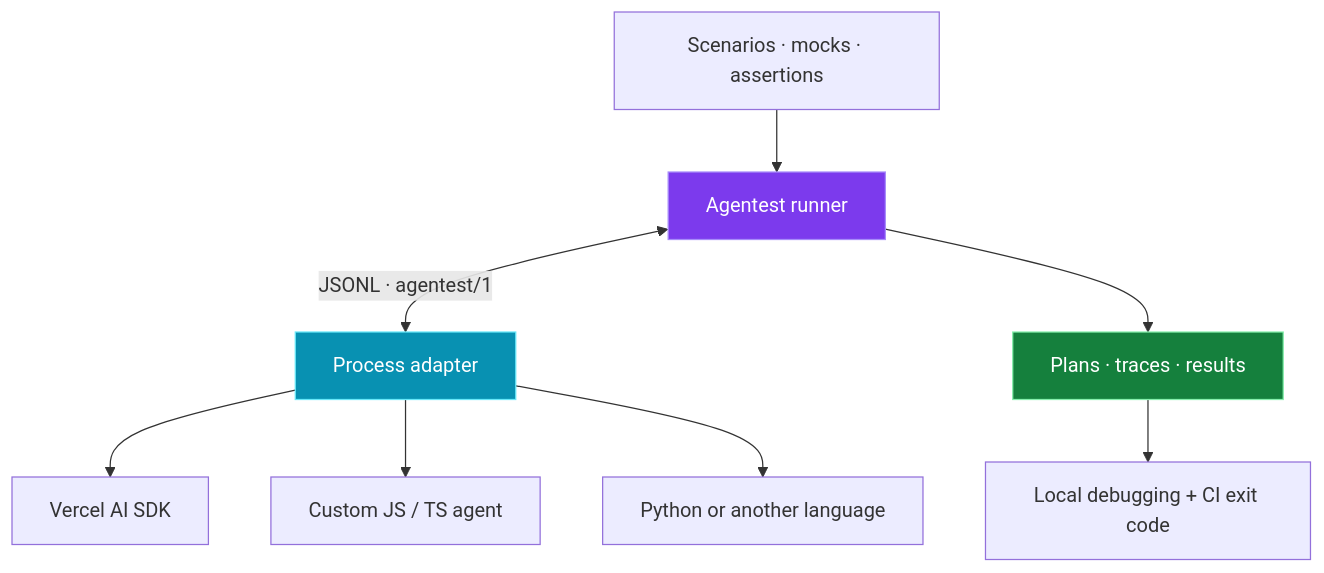
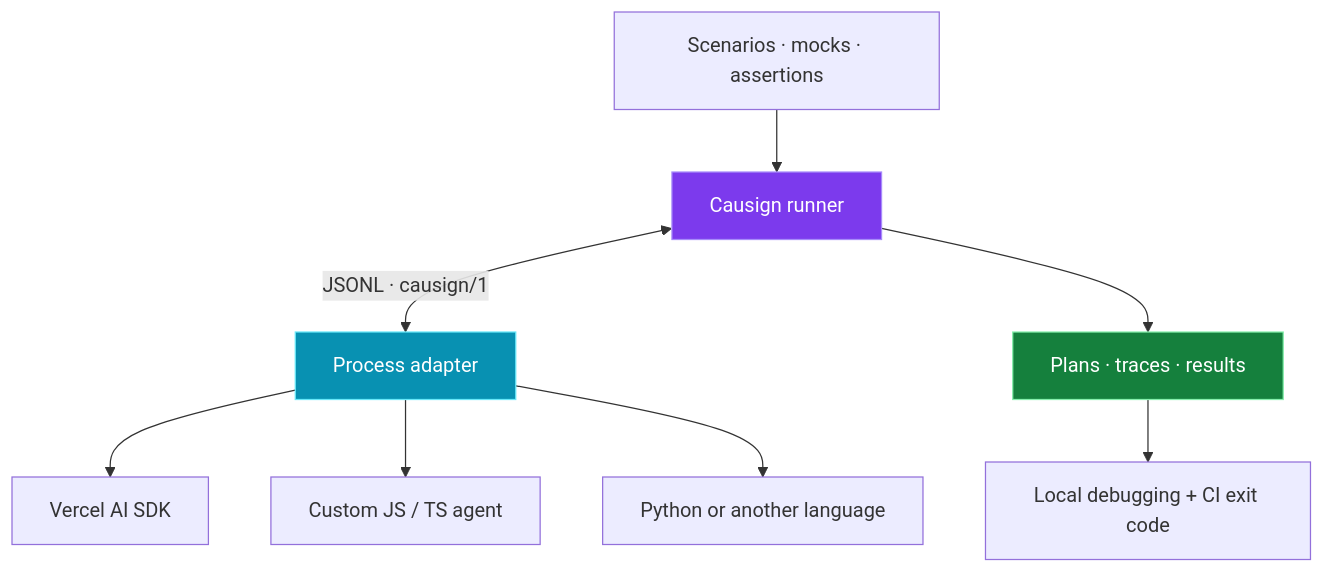
Before and after one commit to sebamar88/Causign: the first of 2 diagrams in README.md, drawn with Mermaid. The commit also changed other lines of this file and 89 other files, not shown here.

Commit message:
refactor(protocol): rename agentest to causign

````diff
--- a/README.md
+++ b/README.md
@@ -67,13 +67,13 @@
 ```mermaid
 flowchart TB
-    S[Scenarios · mocks · assertions] --> A[Agentest runner]
-    A <-->|JSONL · agentest/1| P[Process adapter]
+    S[Scenarios · mocks · assertions] --> A[Causign runner]
+    A <-->|JSONL · causign/1| P[Process adapter]
     P --> V[Vercel AI SDK]
     P --> J[Custom JS / TS agent]
     P --> O[Python or another language]
     A --> R[Plans · traces · results]
     R --> C[Local debugging + CI exit code]
     style A fill:#7c3aed,color:#fff,stroke:#a78bfa
     style P fill:#0891b2,color:#fff,stroke:#67e8f9
     style R fill:#15803d,color:#fff,stroke:#86efac
 ```
````
